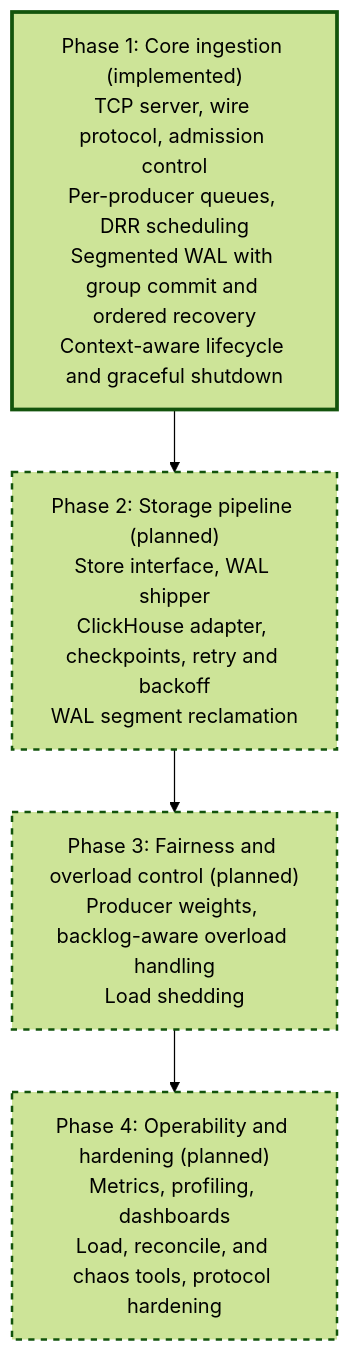
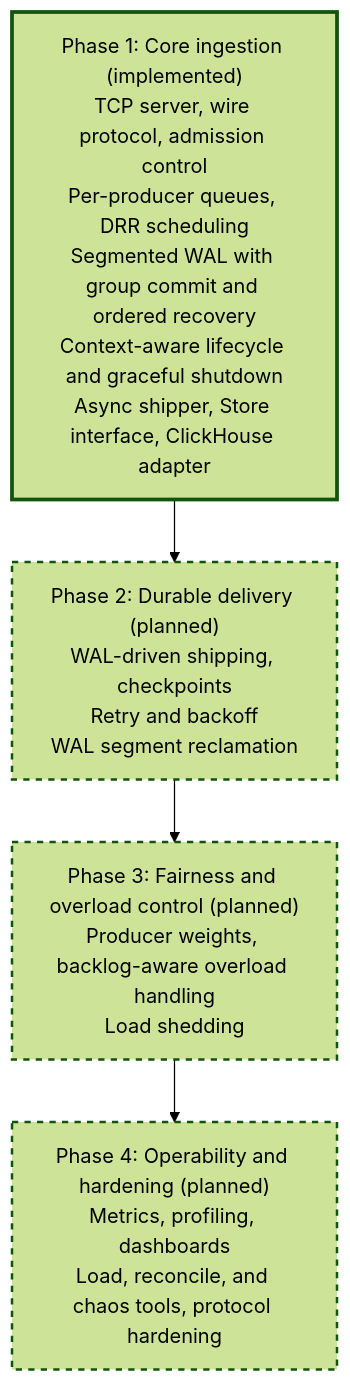
One commit to PratyushVishal11011/Fairgate changed diagram 14 of 14 in README.md. Above: the diagram before and after it, drawn with Mermaid (forest theme). The commit also changed other lines of this file and 6 other files, not shown here.

Commit message:
feat: add event shipper, storage abstraction, and ClickHouse integration

````diff
--- a/README.md
+++ b/README.md
@@ -583,14 +594,14 @@
 ```mermaid
 flowchart TD
-    P1["Phase 1: Core ingestion (implemented)<br/>TCP server, wire protocol, admission control<br/>Per-producer queues, DRR scheduling<br/>Segmented WAL with group commit and ordered recovery<br/>Context-aware lifecycle and graceful shutdown"]
-    P2["Phase 2: Storage pipeline (planned)<br/>Store interface, WAL shipper<br/>ClickHouse adapter, checkpoints, retry and backoff<br/>WAL segment reclamation"]
+    P1["Phase 1: Core ingestion (implemented)<br/>TCP server, wire protocol, admission control<br/>Per-producer queues, DRR scheduling<br/>Segmented WAL with group commit and ordered recovery<br/>Context-aware lifecycle and graceful shutdown<br/>Async shipper, Store interface, ClickHouse adapter"]
+    P2["Phase 2: Durable delivery (planned)<br/>WAL-driven shipping, checkpoints<br/>Retry and backoff<br/>WAL segment reclamation"]
     P3["Phase 3: Fairness and overload control (planned)<br/>Producer weights, backlog-aware overload handling<br/>Load shedding"]
     P4["Phase 4: Operability and hardening (planned)<br/>Metrics, profiling, dashboards<br/>Load, reconcile, and chaos tools, protocol hardening"]
 
     P1 --> P2 --> P3 --> P4
 
     classDef done stroke-width:3px;
     classDef planned stroke-dasharray: 5 5,stroke-width:2px;
     class P1 done;
     class P2,P3,P4 planned;
 ```
````
